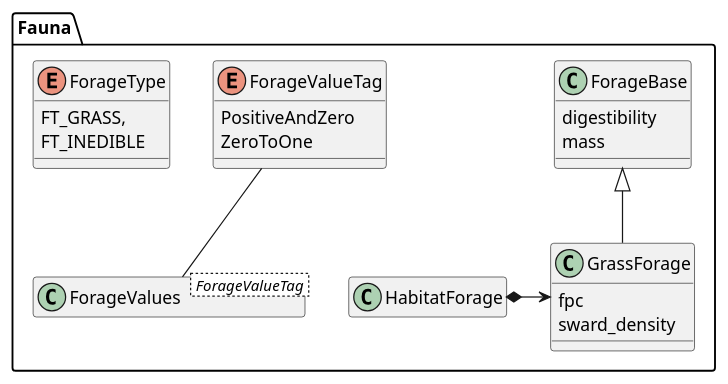
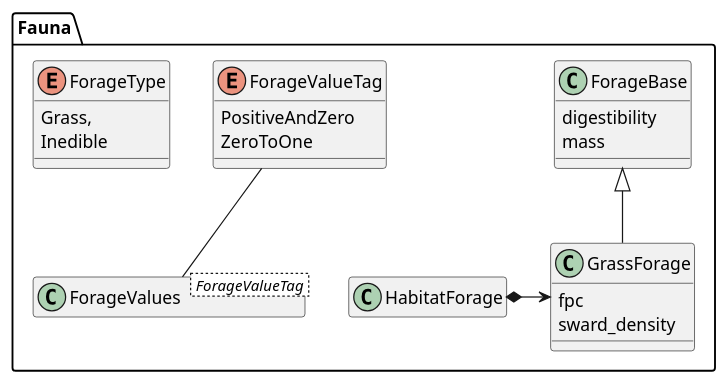
Before and after one commit to wtraylor/modular_megafauna_model: the fourth of 14 diagrams in docs/diagrams.iuml, drawn with PlantUML. The commit also changed other lines of this file and 16 other files, not shown here.

```diff
--- a/docs/diagrams.iuml
+++ b/docs/diagrams.iuml
@@ -67,31 +67,31 @@
 @startuml (id=forage_classes)
   hide members
   hide methods
   namespace Fauna{
     class ForageBase{
       digestibility
       mass
     }
     show ForageBase members
     class GrassForage{
       fpc
       sward_density
     }
     show GrassForage members
     ForageBase <|-- GrassForage
     class HabitatForage
     HabitatForage *->GrassForage
     enum ForageValueTag{
       PositiveAndZero
       ZeroToOne
     }
     show ForageValueTag members
     class ForageValues< ForageValueTag >
     ForageValueTag -- ForageValues
     enum ForageType{
-      FT_GRASS,
-      FT_INEDIBLE
+      Grass,
+      Inedible
     }
     show ForageType members
   }
 @enduml
```
